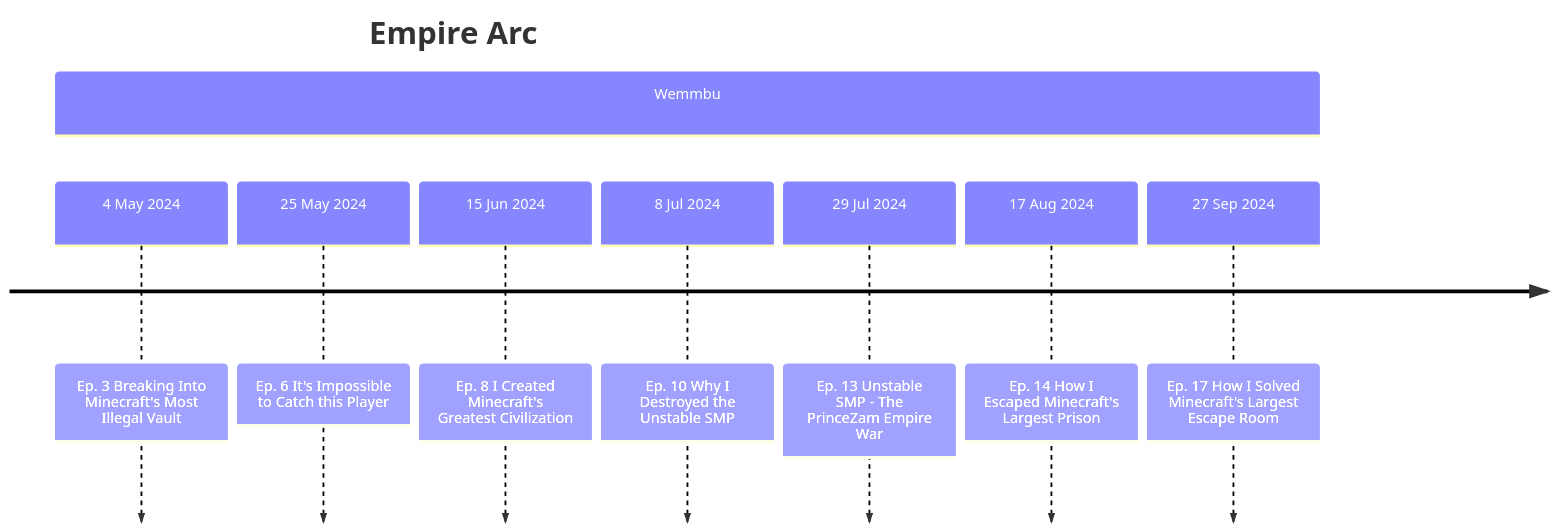
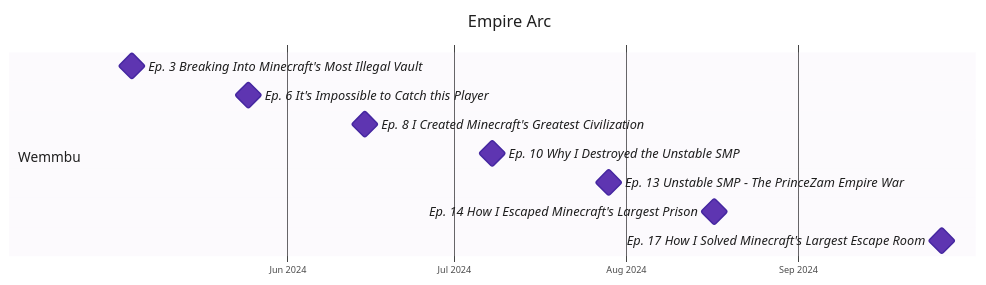
The diagram in docs/arcs/empire-arc.md (That1Guy005/Unstable-Wiki), drawn with Mermaid before and after one commit. The commit also changed other lines of this file and 57 other files, not shown here.

Commit message:
feat: improved readability charts

````diff
--- a/docs/arcs/empire-arc.md
+++ b/docs/arcs/empire-arc.md
@@ -23,12 +25,16 @@
 ```mermaid
-timeline
+%%{init: {"theme": "base", "themeVariables": {"fontFamily": "Roboto, Helvetica, Arial, sans-serif", "fontSize": "15px", "primaryTextColor": "#1f1f1f", "textColor": "#1f1f1f", "titleColor": "#1f1f1f", "gridColor": "#d0d0d8", "taskBkgColor": "#5e35b1", "taskBorderColor": "#4527a0", "taskTextColor": "#ffffff", "taskTextLightColor": "#ffffff", "taskTextDarkColor": "#1f1f1f", "taskTextOutsideColor": "#1f1f1f", "taskTextClickableColor": "#1f1f1f", "sectionBkgColor": "#ede7f6", "altSectionBkgColor": "#ffffff", "sectionBkgColor2": "#fff3d6"}, "gantt": {"barHeight": 26, "barGap": 6, "fontSize": 14, "sectionFontSize": 15, "leftPadding": 135, "topPadding": 54, "gridLineStartPadding": 40, "titleTopMargin": 24}, "themeCSS": ".titleText{font-size:20px;font-weight:600;fill:#1f1f1f} .sectionTitle{font-size:15px;font-weight:600;fill:#1f1f1f} .tick text{font-size:13px;fill:#333} .taskText,.taskTextOutsideRight,.taskTextOutsideLeft{font-size:14px} .milestone{fill:#5e35b1;stroke:#4527a0}"}}%%
+gantt
     title Empire Arc
+    dateFormat YYYY-MM-DD
+    axisFormat %b %Y
+    todayMarker off
     section Wemmbu
-        4 May 2024 : Ep. 3 Breaking Into Minecraft's Most Illegal Vault
-        25 May 2024 : Ep. 6 It's Impossible to Catch this Player
-        15 Jun 2024 : Ep. 8 I Created Minecraft's Greatest Civilization
-        8 Jul 2024 : Ep. 10 Why I Destroyed the Unstable SMP
-        29 Jul 2024 : Ep. 13 Unstable SMP - The PrinceZam Empire War
-        17 Aug 2024 : Ep. 14 How I Escaped Minecraft's Largest Prison
-        27 Sep 2024 : Ep. 17 How I Solved Minecraft's Largest Escape Room
+    Ep. 3 Breaking Into Minecraft's Most Illegal Vault : milestone, m0, 2024-05-04, 0d
+    Ep. 6 It's Impossible to Catch this Player : milestone, m1, 2024-05-25, 0d
+    Ep. 8 I Created Minecraft's Greatest Civilization : milestone, m2, 2024-06-15, 0d
+    Ep. 10 Why I Destroyed the Unstable SMP : milestone, m3, 2024-07-08, 0d
+    Ep. 13 Unstable SMP - The PrinceZam Empire War : milestone, m4, 2024-07-29, 0d
+    Ep. 14 How I Escaped Minecraft's Largest Prison : milestone, m5, 2024-08-17, 0d
+    Ep. 17 How I Solved Minecraft's Largest Escape Room : milestone, m6, 2024-09-27, 0d
 ```
````
